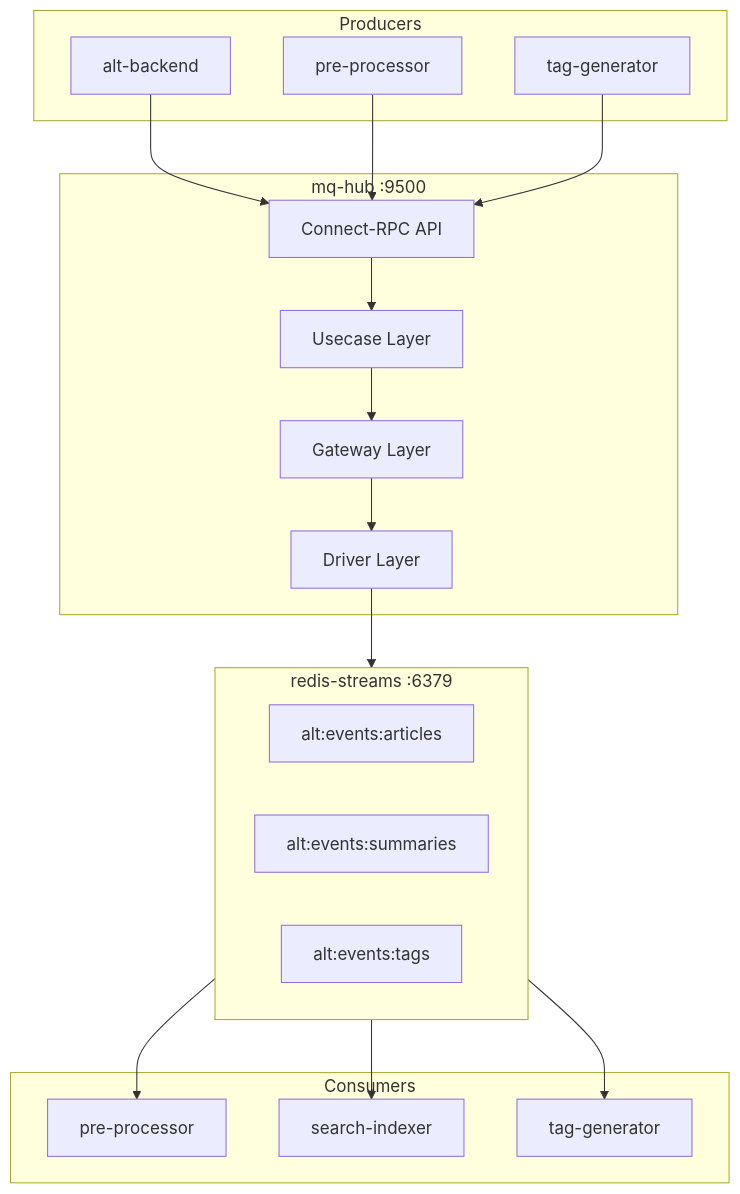
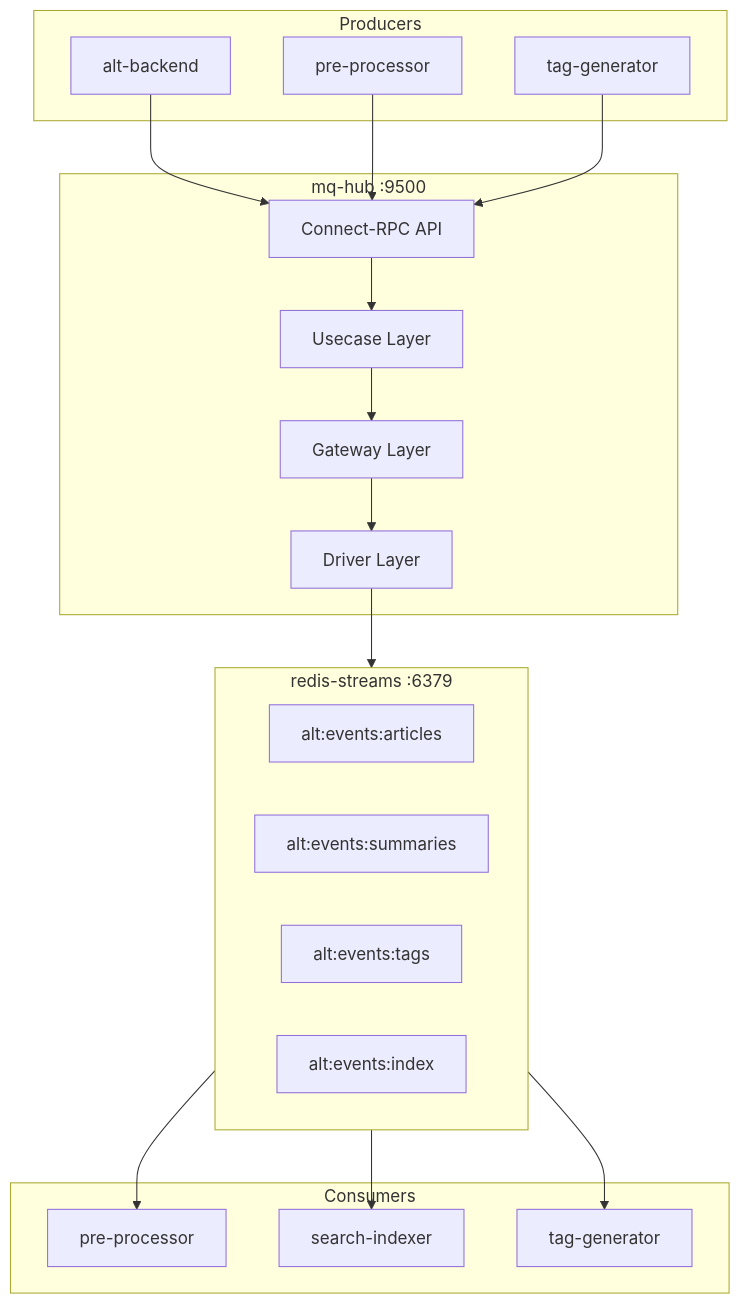
One commit to Kaikei-e/Alt changed the diagram in docs/services/mq-hub.md. Above: the diagram before and after it, drawn with Mermaid. The commit also changed other lines of this file and 11 other files, not shown here.

First line of the commit message:
docs: Update service documentation with latest reviews and architectural changes

````diff
--- a/docs/services/mq-hub.md
+++ b/docs/services/mq-hub.md
@@ -22,35 +22,36 @@
 ```mermaid
 flowchart TB
     subgraph Producers
         BE[alt-backend]
         PP[pre-processor]
         TG[tag-generator]
     end
 
     subgraph MQHub[mq-hub :9500]
         API[Connect-RPC API]
         UC[Usecase Layer]
         GW[Gateway Layer]
         DR[Driver Layer]
     end
 
     subgraph Redis[redis-streams :6379]
         S1[alt:events:articles]
         S2[alt:events:summaries]
         S3[alt:events:tags]
+        S4[alt:events:index]
     end
 
     subgraph Consumers
         PP2[pre-processor]
         SI[search-indexer]
         TG2[tag-generator]
     end
 
     BE --> API
     PP --> API
     TG --> API
     API --> UC --> GW --> DR --> Redis
     Redis --> PP2
     Redis --> SI
     Redis --> TG2
 ```
````
